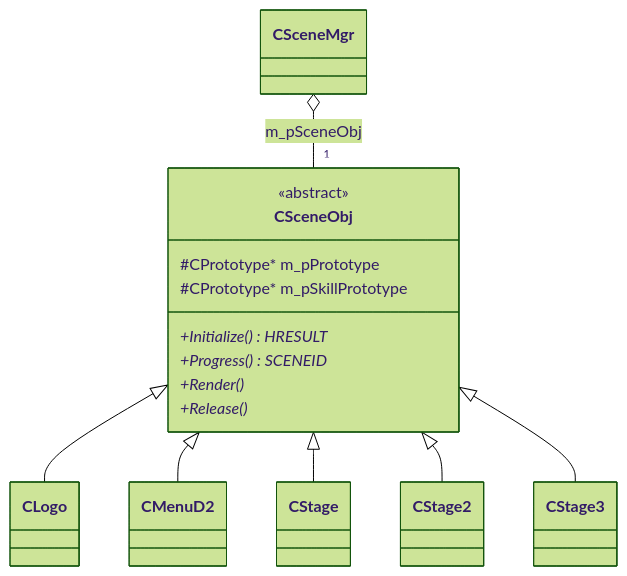
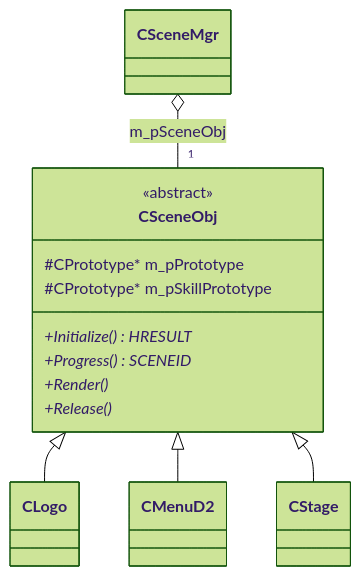
Before and after one commit to Ryujaehyeon/Portfolio: the fifth of 10 diagrams in docs/ARCHITECTURE.md, drawn with Mermaid (forest theme). The commit also changed other lines of this file and 3 other files, not shown here.

````diff
--- a/docs/ARCHITECTURE.md
+++ b/docs/ARCHITECTURE.md
@@ -173,18 +163,16 @@
 ```mermaid
 classDiagram
     class CSceneObj {
         <<abstract>>
         #CPrototype* m_pPrototype
         #CPrototype* m_pSkillPrototype
         +Initialize()* HRESULT
         +Progress()* SCENEID
         +Render()*
         +Release()*
     }
     CSceneObj <|-- CLogo
     CSceneObj <|-- CMenuD2
     CSceneObj <|-- CStage
-    CSceneObj <|-- CStage2
-    CSceneObj <|-- CStage3
     CSceneMgr o-- "1" CSceneObj : m_pSceneObj
 ```
````
